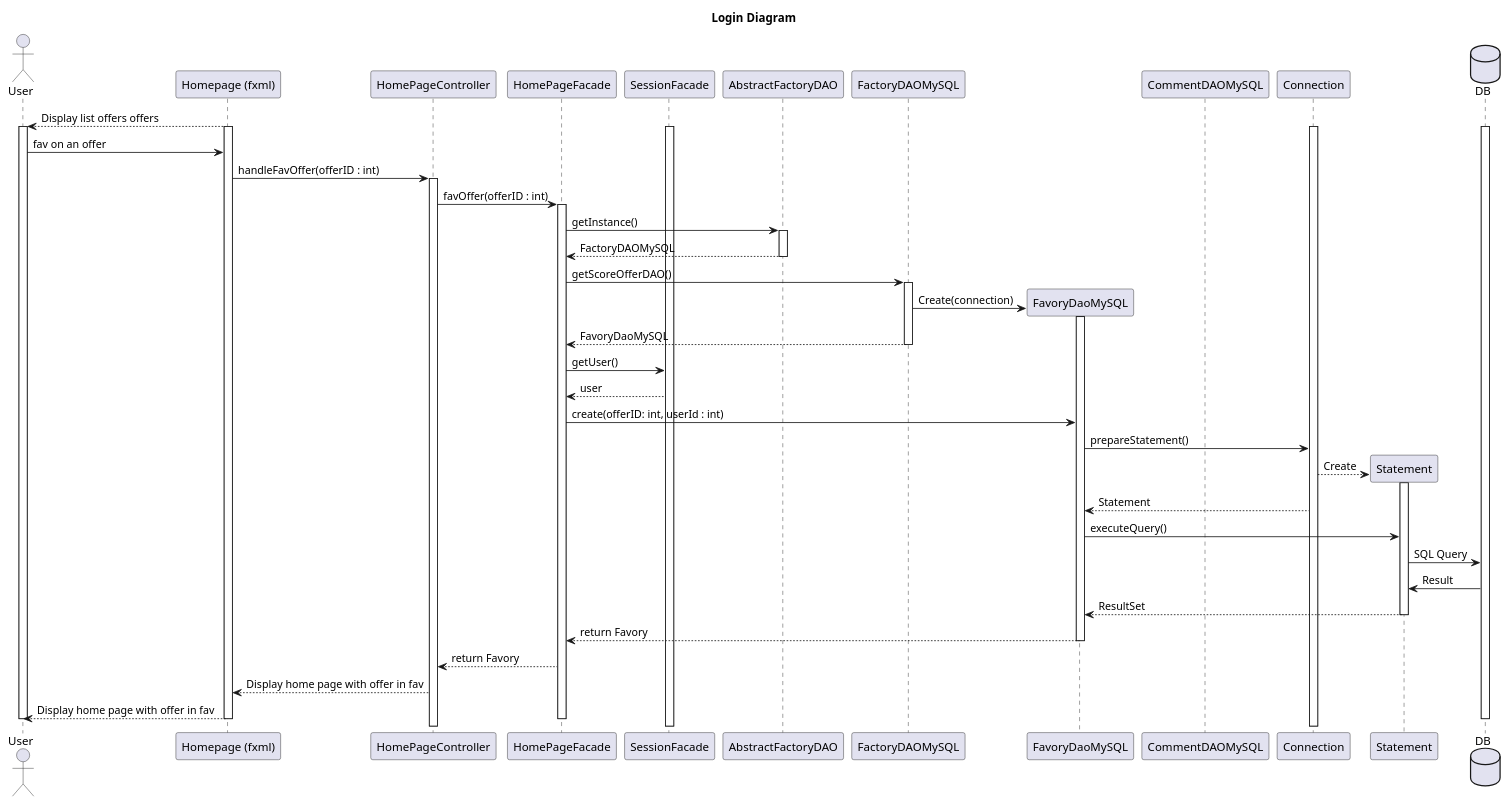
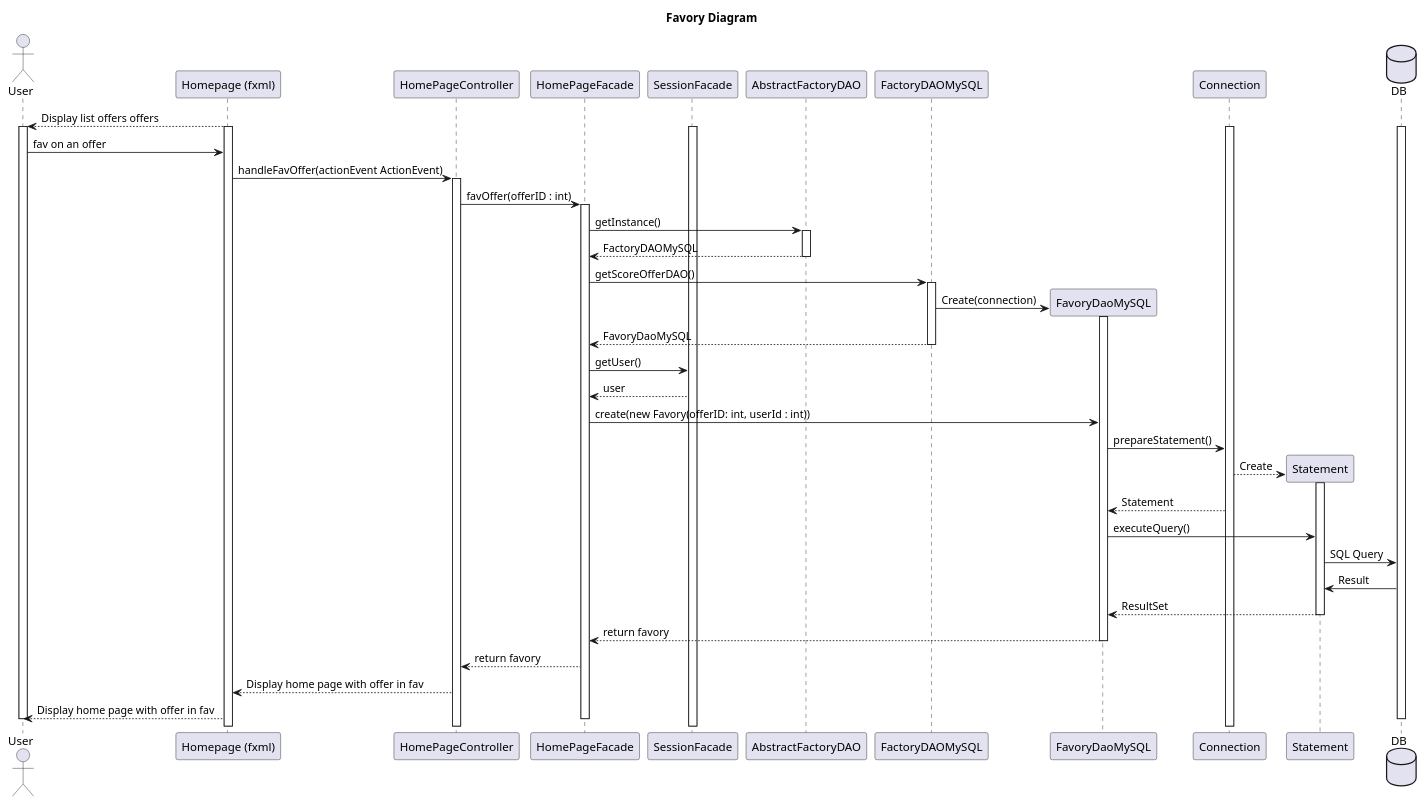
One commit to LaunoisRemy/ToolShare changed the diagram in documents/diagram/homePage/favorySequence.puml. Above: the diagram before and after it, drawn with PlantUML. The commit also changed 2 other files, not shown here.

Commit message:
UML : Favory diagram

```diff
--- a/documents/diagram/homePage/favorySequence.puml
+++ b/documents/diagram/homePage/favorySequence.puml
@@ -1,96 +1,94 @@
 @startuml
-title Login Diagram
+title Favory Diagram
 
 actor User
 participant "Homepage (fxml)"
 participant HomePageController
 participant HomePageFacade
 participant SessionFacade
 participant AbstractFactoryDAO
 participant FactoryDAOMySQL
 participant FavoryDaoMySQL
-participant CommentDAOMySQL
 participant Connection
 participant Statement
 database DB
 
 
 "Homepage (fxml)"-->User: Display list offers offers
 
 activate "Homepage (fxml)"
 activate User
 activate DB
 activate SessionFacade
 activate Connection
 
 User->"Homepage (fxml)": fav on an offer
 
-"Homepage (fxml)"-> HomePageController: handleFavOffer(offerID : int)
+"Homepage (fxml)"-> HomePageController: handleFavOffer(actionEvent ActionEvent)
 
 activate HomePageController
 
 HomePageController->HomePageFacade: favOffer(offerID : int)
 
 
 
 activate HomePageFacade
 
 HomePageFacade->AbstractFactoryDAO:getInstance()
 activate AbstractFactoryDAO
 
 
 AbstractFactoryDAO--> HomePageFacade : FactoryDAOMySQL
 deactivate AbstractFactoryDAO
 
 HomePageFacade -> FactoryDAOMySQL:getScoreOfferDAO()
 
 activate FactoryDAOMySQL
 
 FactoryDAOMySQL->FavoryDaoMySQL **:Create(connection)
 
 activate FavoryDaoMySQL
 FactoryDAOMySQL-->HomePageFacade:FavoryDaoMySQL
 
 deactivate FactoryDAOMySQL
 HomePageFacade -> SessionFacade : getUser()
 SessionFacade --> HomePageFacade : user
-HomePageFacade->FavoryDaoMySQL: create(offerID: int, userId : int)
+HomePageFacade->FavoryDaoMySQL: create(new Favory(offerID: int, userId : int))
 
 FavoryDaoMySQL->Connection: prepareStatement()
 
 
 Connection-->Statement **: Create
 
 activate Statement
 
 Connection-->FavoryDaoMySQL: Statement
 
 
 
 FavoryDaoMySQL->Statement:executeQuery()
 
 Statement->DB: SQL Query
 
 DB->Statement:Result
 
 Statement-->FavoryDaoMySQL: ResultSet
 
 deactivate Statement
 
-FavoryDaoMySQL-->HomePageFacade: return Favory
+FavoryDaoMySQL-->HomePageFacade: return favory
 deactivate FavoryDaoMySQL
 
 
-HomePageFacade --> HomePageController : return Favory
+HomePageFacade --> HomePageController : return favory
 
 
 
 
 HomePageController-->"Homepage (fxml)": Display home page with offer in fav
 "Homepage (fxml)" --> User : Display home page with offer in fav
 deactivate HomePageFacade
-deactivate "Homepage (fxml)"
 deactivate DB
 deactivate User
 
 @enduml
```
